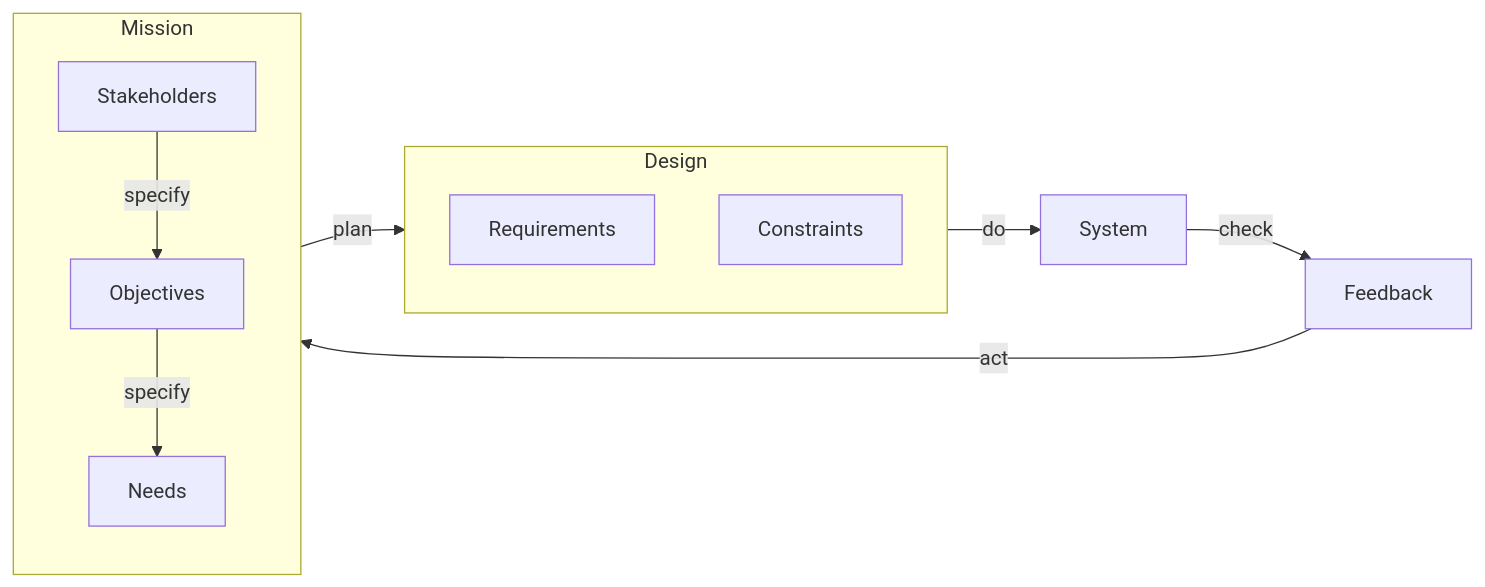
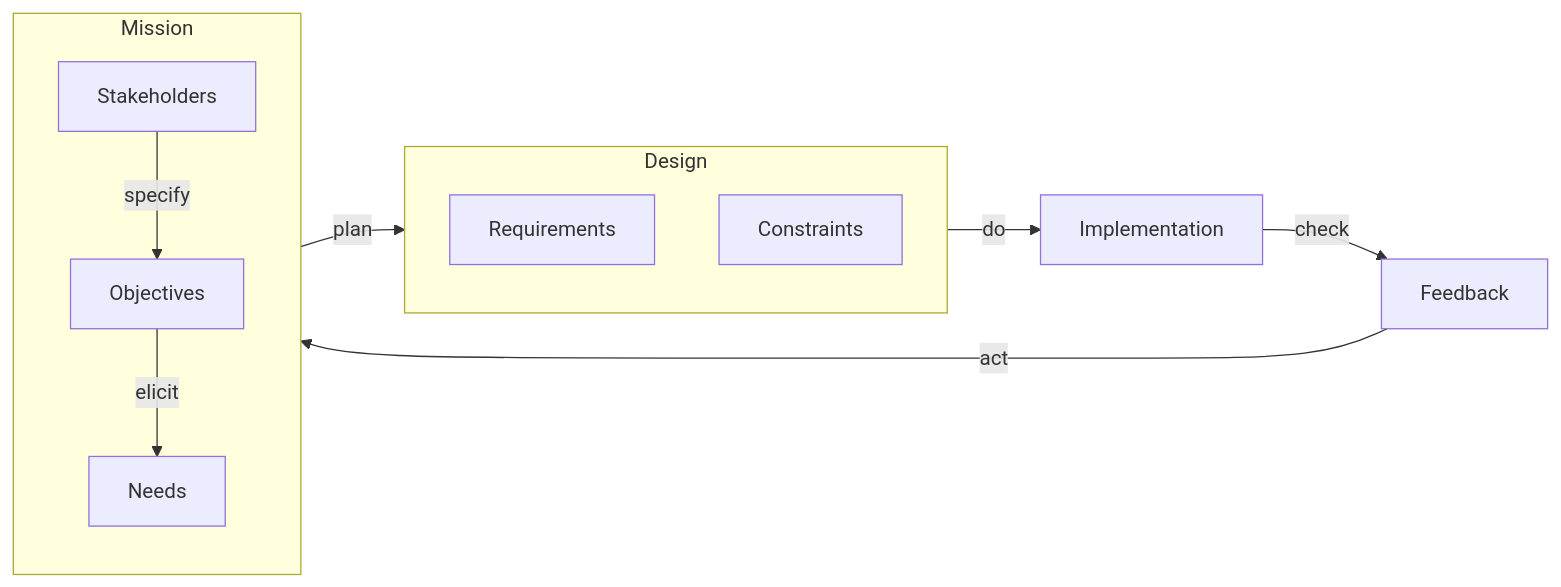
Before and after one commit to firstprinciplesthinking/paper_development_lifecycle: the seventh of 12 diagrams in README.md, drawn with Mermaid. The commit also changed other lines of this file, not shown here.

````diff
--- a/README.md
+++ b/README.md
@@ -171,25 +175,25 @@
 ```mermaid
    flowchart LR
       subgraph Design
          Requirements
          Constraints
       end
 
-      System
+      Implementation
 
       Feedback
   
       subgraph Mission
          Stakeholders
          Objectives
          Needs
       end
       
       Mission--"plan"-->Design
-      Design--"do"-->System
-      System--"check"-->Feedback
+      Design--"do"-->Implementation
+      Implementation--"check"-->Feedback
       Feedback--"act"-->Mission
 
       Stakeholders--"specify"-->Objectives
-      Objectives--"specify"-->Needs
+      Objectives--"elicit"-->Needs
 ```
````
